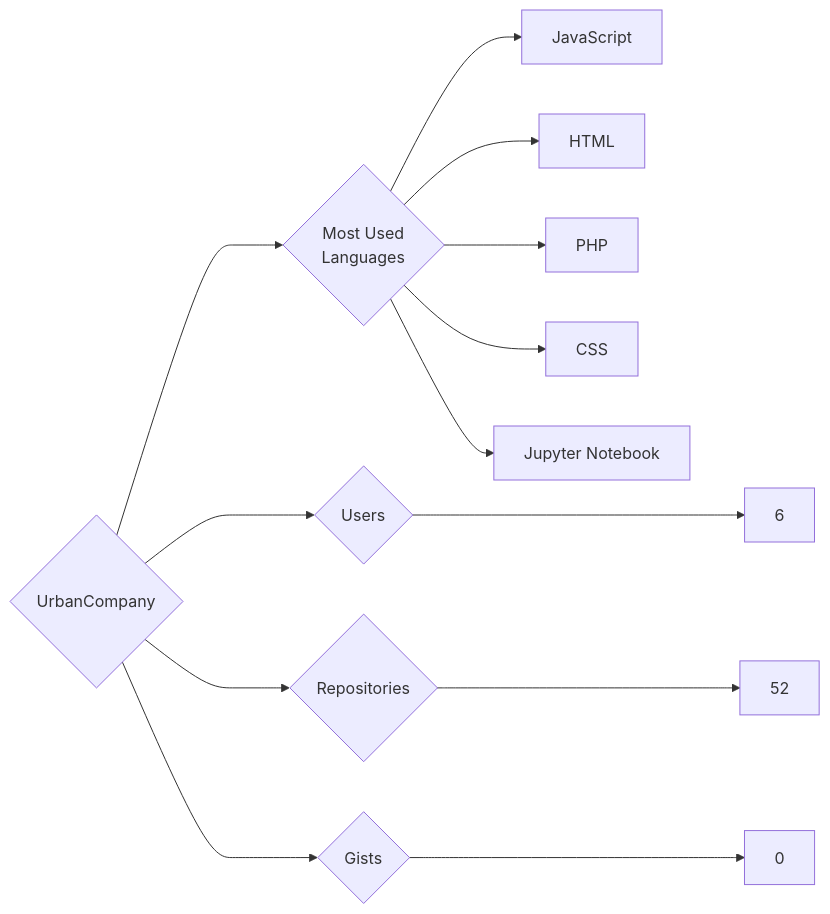
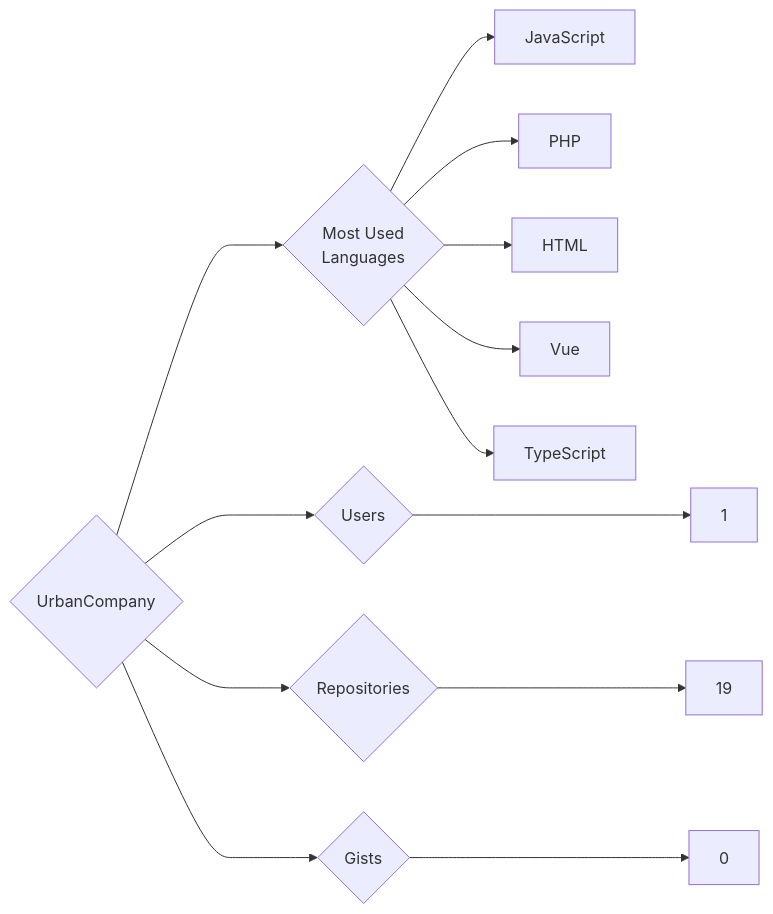
Before and after one commit to trickest/insiders: the diagram in targets/UrbanCompany/README.md, drawn with Mermaid. The commit also changed 870 other files, not shown here.

````diff
--- a/targets/UrbanCompany/README.md
+++ b/targets/UrbanCompany/README.md
@@ -3,13 +3,13 @@
 ```mermaid
 graph LR
 COMPANY_NAME{UrbanCompany}
-COMPANY_NAME ---> U{Users} ---> UN[6]
-COMPANY_NAME ---> R{Repositories} ---> RN[52]
+COMPANY_NAME ---> U{Users} ---> UN[1]
+COMPANY_NAME ---> R{Repositories} ---> RN[19]
 COMPANY_NAME ---> G{Gists} ---> GN[0]
 COMPANY_NAME ---> ML{Most Used<br>Languages}
 ML --> JavaScript[JavaScript]
+ML --> PHP[PHP]
 ML --> HTML[HTML]
-ML --> PHP[PHP]
-ML --> CSS[CSS]
-ML --> Jupyter_Notebook[Jupyter Notebook]
+ML --> Vue[Vue]
+ML --> TypeScript[TypeScript]
 ```
````
